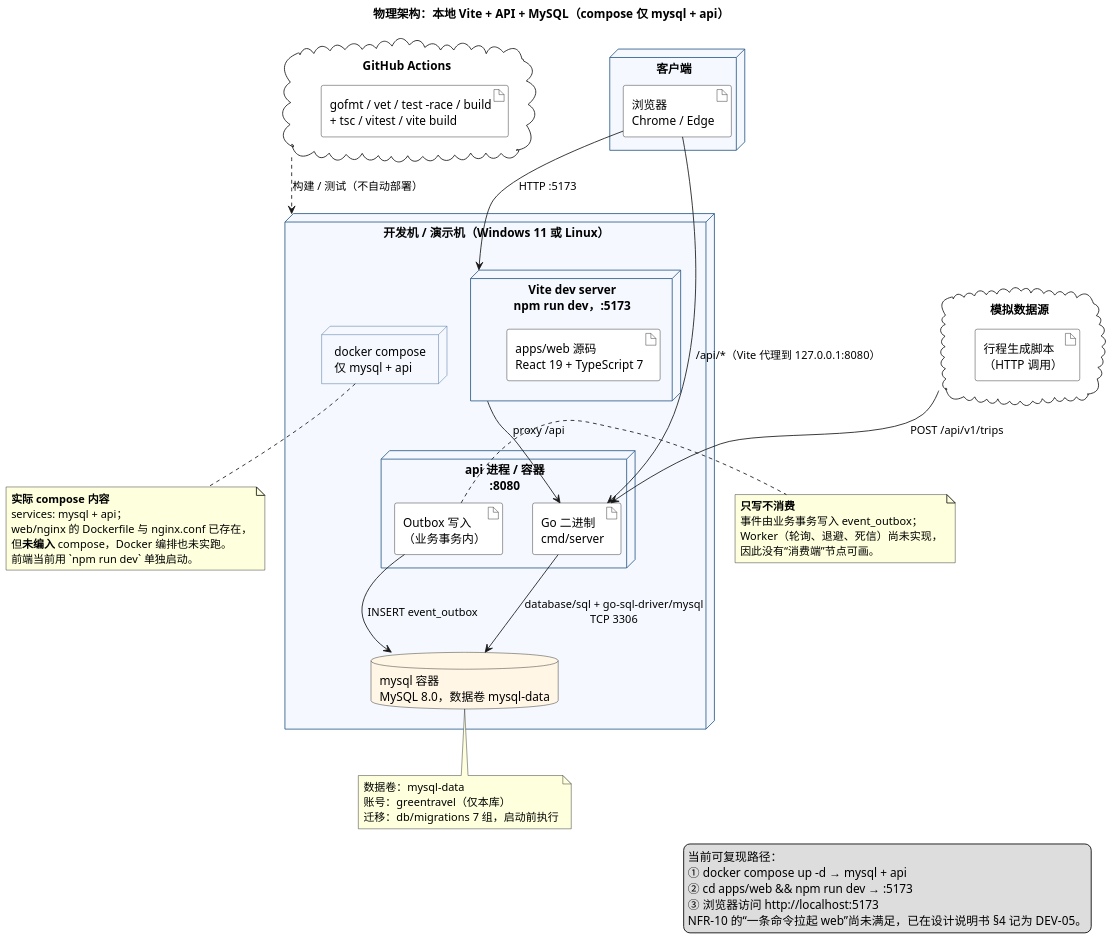
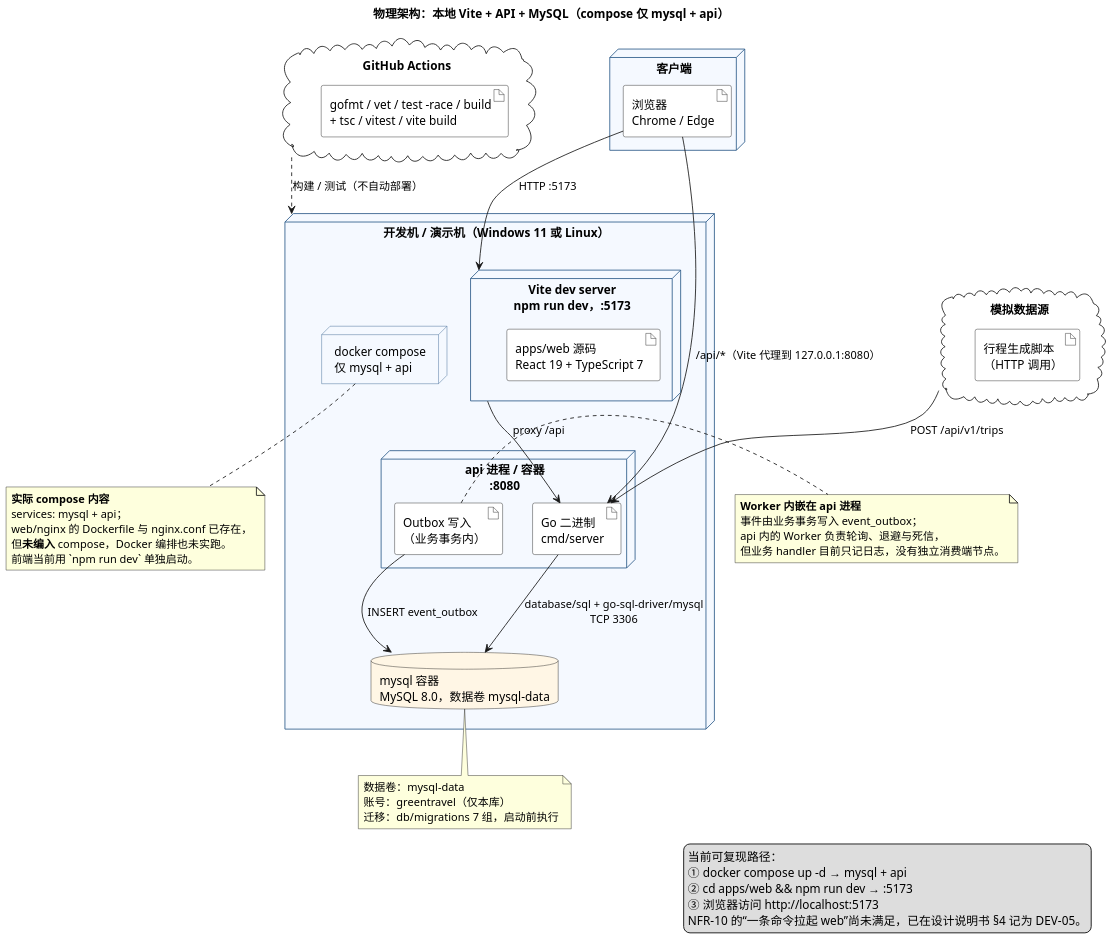
One commit to chiyan11/green-travel-points changed the diagram in docs/uml/06-部署图.puml. Above: the diagram before and after it, drawn with PlantUML. The commit also changed 70 other files, not shown here.

First line of the commit message:
docs(uml): 补齐 19 个用例的鲁棒图与顺序图

```diff
--- a/docs/uml/06-部署图.puml
+++ b/docs/uml/06-部署图.puml
@@ -1,83 +1,83 @@
 @startuml 图2-2 系统物理架构 部署图
 ' 依据：docs/设计规格说明书.md §2.1.3；deploy/docker-compose.yml（2026-11-24 实际内容）
-' 事实：compose 只有 mysql + api；web 用 Vite dev server 单独启动；nginx 未编入；Worker 未实现
+' 事实：compose 只有 mysql + api；web 用 Vite dev server 单独启动；nginx 未编入；Worker 在 api 进程内运行
 
 skinparam defaultFontName "Microsoft YaHei"
 skinparam dpi 150
 skinparam shadowing false
 skinparam node {
   BackgroundColor #F5F9FF
   BorderColor #2E5C8A
 }
 skinparam databaseBackgroundColor #FFF6E5
 skinparam artifactBackgroundColor #FFFFFF
 
 title 物理架构：本地 Vite + API + MySQL（compose 仅 mysql + api）
 
 node "客户端" as client {
   artifact "浏览器\nChrome / Edge" as browser
 }
 
 node "开发机 / 演示机（Windows 11 或 Linux）" as host {
 
   node "Vite dev server\nnpm run dev，:5173" as vite {
     artifact "apps/web 源码\nReact 19 + TypeScript 7" as webapp
   }
 
   node "api 进程 / 容器\n:8080" as apinode {
     artifact "Go 二进制\ncmd/server" as apisvc
     artifact "Outbox 写入\n（业务事务内）" as outboxwrite
   }
 
   database "mysql 容器\nMySQL 8.0，数据卷 mysql-data" as mysql
 
   node "docker compose\n仅 mysql + api" as compose
 }
 
 cloud "GitHub Actions" as ci {
   artifact "gofmt / vet / test -race / build\n+ tsc / vitest / vite build" as pipeline
 }
 
 cloud "模拟数据源" as sim {
   artifact "行程生成脚本\n（HTTP 调用）" as gen
 }
 
 ' ---------- 通信 ----------
 browser --> vite : HTTP :5173
 browser --> apisvc : /api/*（Vite 代理到 127.0.0.1:8080）
 vite --> apisvc : proxy /api
 apisvc --> mysql : database/sql + go-sql-driver/mysql\nTCP 3306
 outboxwrite --> mysql : INSERT event_outbox
 sim --> apisvc : POST /api/v1/trips
 ci ..> host : 构建 / 测试（不自动部署）
 
 note right of outboxwrite
-  **只写不消费**
+  **Worker 内嵌在 api 进程**
   事件由业务事务写入 event_outbox；
-  Worker（轮询、退避、死信）尚未实现，
-  因此没有“消费端”节点可画。
+  api 内的 Worker 负责轮询、退避与死信，
+  但业务 handler 目前只记日志，没有独立消费端节点。
 end note
 
 note bottom of mysql
   数据卷：mysql-data
   账号：greentravel（仅本库）
   迁移：db/migrations 7 组，启动前执行
 end note
 
 note bottom of compose
   **实际 compose 内容**
   services: mysql + api；
   web/nginx 的 Dockerfile 与 nginx.conf 已存在，
   但**未编入** compose，Docker 编排也未实跑。
   前端当前用 `npm run dev` 单独启动。
 end note
 
 legend right
   当前可复现路径：
   ① docker compose up -d  → mysql + api
   ② cd apps/web && npm run dev → :5173
   ③ 浏览器访问 http://localhost:5173
   NFR-10 的“一条命令拉起 web”尚未满足，已在设计说明书 §4 记为 DEV-05。
 endlegend
 
 @enduml
```
